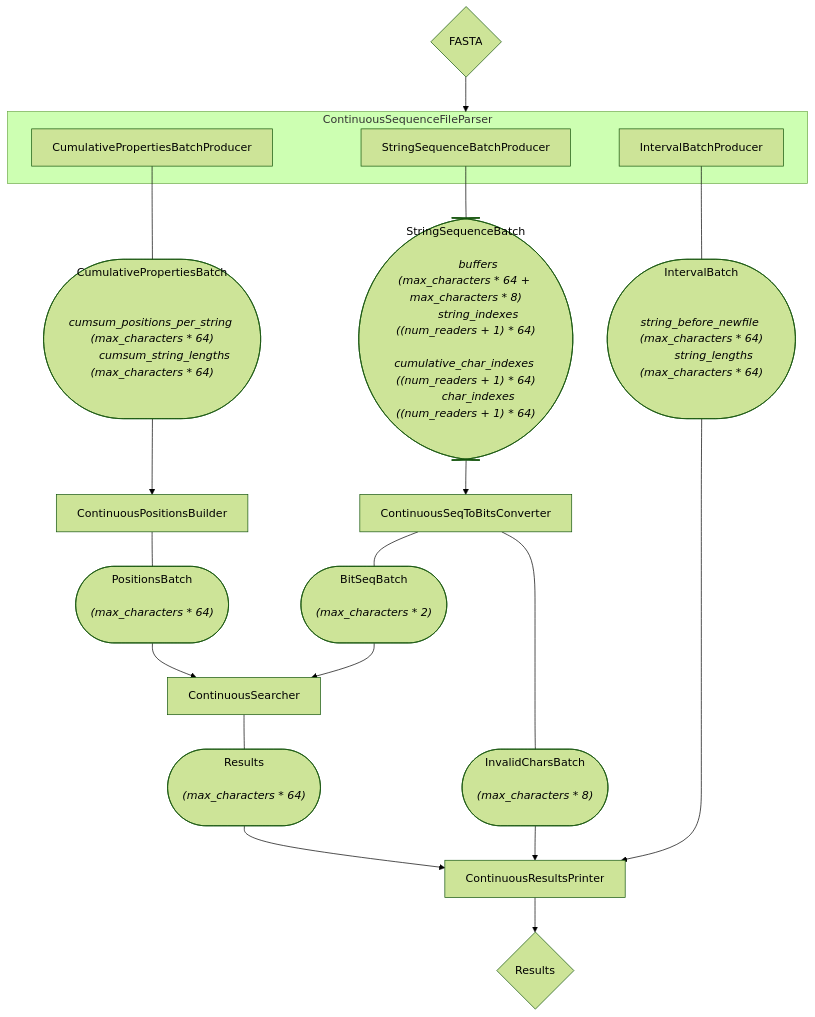
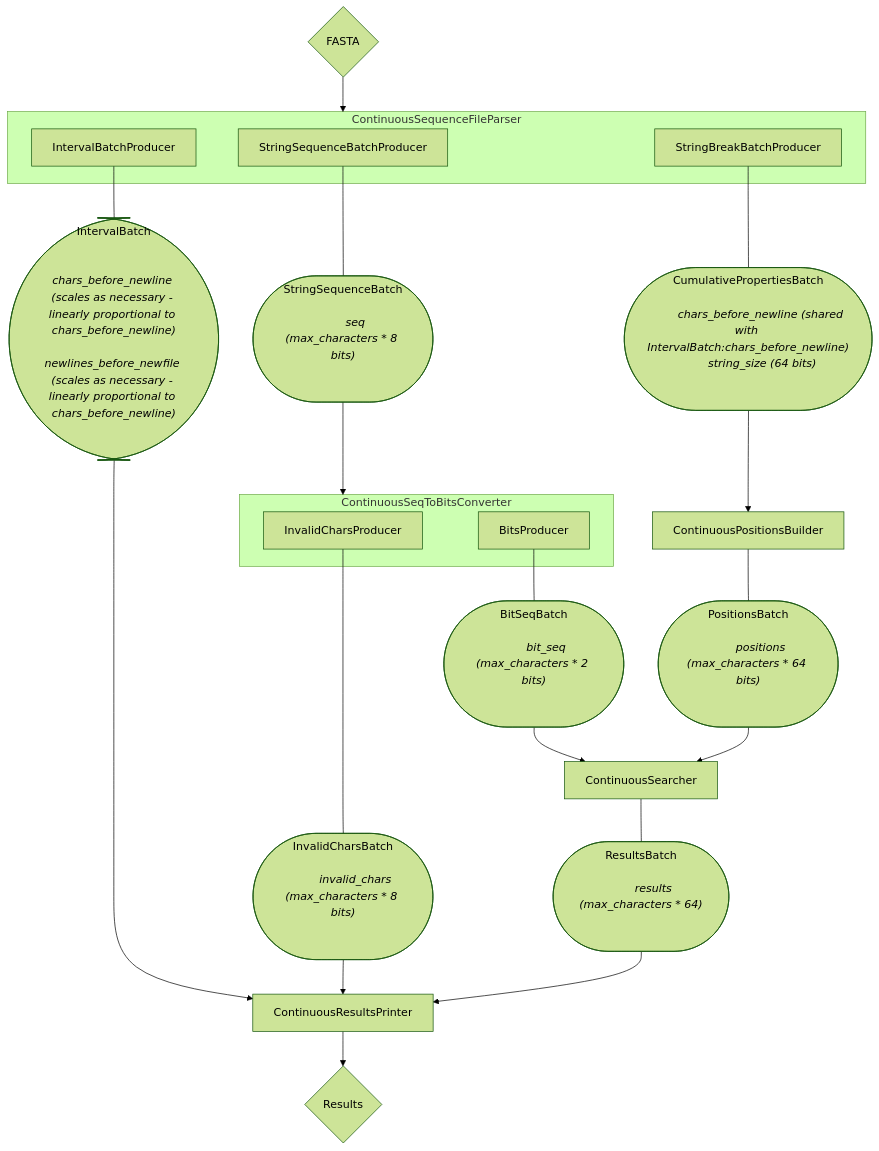
Before and after one commit to CowKeyMan/SBWT-Search: the diagram in documentation/Documents/ProjectDocumentation/graphs/SearchComponentsPipeline.mmd, drawn with Mermaid (forest theme). The commit also changed 2 other files, not shown here.

```diff
--- a/documentation/Documents/ProjectDocumentation/graphs/SearchComponentsPipeline.mmd
+++ b/documentation/Documents/ProjectDocumentation/graphs/SearchComponentsPipeline.mmd
@@ -1,79 +1,82 @@
 flowchart TD
     StringSequenceBatch(["
-        StringSequenceBatch
+    StringSequenceBatch
         <i>
-        buffers (max_characters * 64 + max_characters * 8)
-        string_indexes ((num_readers + 1) * 64)
-        cumulative_char_indexes ((num_readers + 1) * 64)
-        char_indexes ((num_readers + 1) * 64)
+        seq (max_characters * 8 bits)
 
         </i>
     "])
-    CumulativePropertiesBatch(["
-        CumulativePropertiesBatch
+    InvalidCharsBatch(["
+        InvalidCharsBatch
         <i>
-        cumsum_positions_per_string (max_characters * 64)
-        cumsum_string_lengths (max_characters * 64)
+        invalid_chars (max_characters * 8 bits)
+
+        </i>
+    "])
+    PositionsBatch(["
+        PositionsBatch
+        <i>
+        positions (max_characters * 64 bits)
 
         </i>
     "])
     IntervalBatch(["
         IntervalBatch
         <i>
-        string_before_newfile (max_characters * 64)
-        string_lengths (max_characters * 64)
+        chars_before_newline (scales as necessary - linearly proportional to chars_before_newline)
+        newlines_before_newfile (scales as necessary - linearly proportional to chars_before_newline)
 
         </i>
     "])
-    PositionsBatch(["
-        PositionsBatch
+    ResultsBatch(["
+        ResultsBatch
         <i>
-        (max_characters * 64)
+        results (max_characters * 64)
+
+        </i>
+    "])
+    StringBreakBatch(["
+        CumulativePropertiesBatch
+        <i>
+        chars_before_newline (shared with IntervalBatch:chars_before_newline)
+        string_size (64 bits)
 
         </i>
     "])
     BitSeqBatch(["
         BitSeqBatch
         <i>
-        (max_characters * 2)
-
-        </i>
-    "])
-    Results(["
-        Results
-        <i>
-        (max_characters * 64)
-
-        </i>
-    "])
-    InvalidCharsBatch(["
-        InvalidCharsBatch
-        <i>
-        (max_characters * 8)
+        bit_seq (max_characters * 2 bits)
 
         </i>
     "])
 
     FASTA{FASTA}-->ContinuousSequenceFileParser
     subgraph ContinuousSequenceFileParser
         StringSequenceBatchProducer
-        CumulativePropertiesBatchProducer
+        StringBreakBatchProducer
         IntervalBatchProducer
     end
+
+    subgraph ContinuousSeqToBitsConverter
+        InvalidCharsProducer
+        BitsProducer
+    end
+
     StringSequenceBatchProducer --- StringSequenceBatch
-    CumulativePropertiesBatchProducer --- CumulativePropertiesBatch
+    StringBreakBatchProducer --- StringBreakBatch
     IntervalBatchProducer --- IntervalBatch
+    InvalidCharsProducer --- InvalidCharsBatch
+    BitsProducer --- BitSeqBatch
     ContinuousPositionsBuilder --- PositionsBatch
-    ContinuousSeqToBitsConverter --- BitSeqBatch
-    ContinuousSeqToBitsConverter --- InvalidCharsBatch
-    ContinuousSearcher --- Results
+    ContinuousSearcher --- ResultsBatch
 
     StringSequenceBatch-->ContinuousSeqToBitsConverter
-    CumulativePropertiesBatch-->ContinuousPositionsBuilder
+    StringBreakBatch-->ContinuousPositionsBuilder
+    IntervalBatch --> ContinuousResultsPrinter
+    InvalidCharsBatch --> ContinuousResultsPrinter
+    BitSeqBatch --> ContinuousSearcher
     PositionsBatch --> ContinuousSearcher
-    BitSeqBatch --> ContinuousSearcher
-    Results --> ContinuousResultsPrinter
-    InvalidCharsBatch --> ContinuousResultsPrinter
-    IntervalBatch --> ContinuousResultsPrinter
+    ResultsBatch --> ContinuousResultsPrinter
 
     ContinuousResultsPrinter--> ResultFiles{Results}
```
